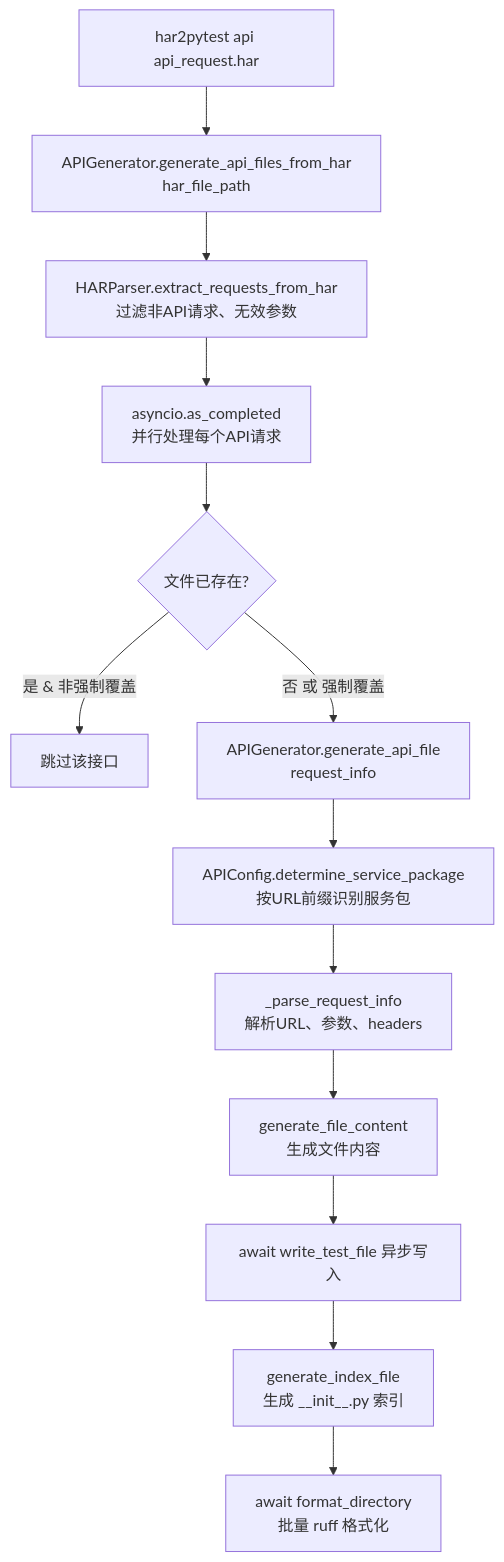
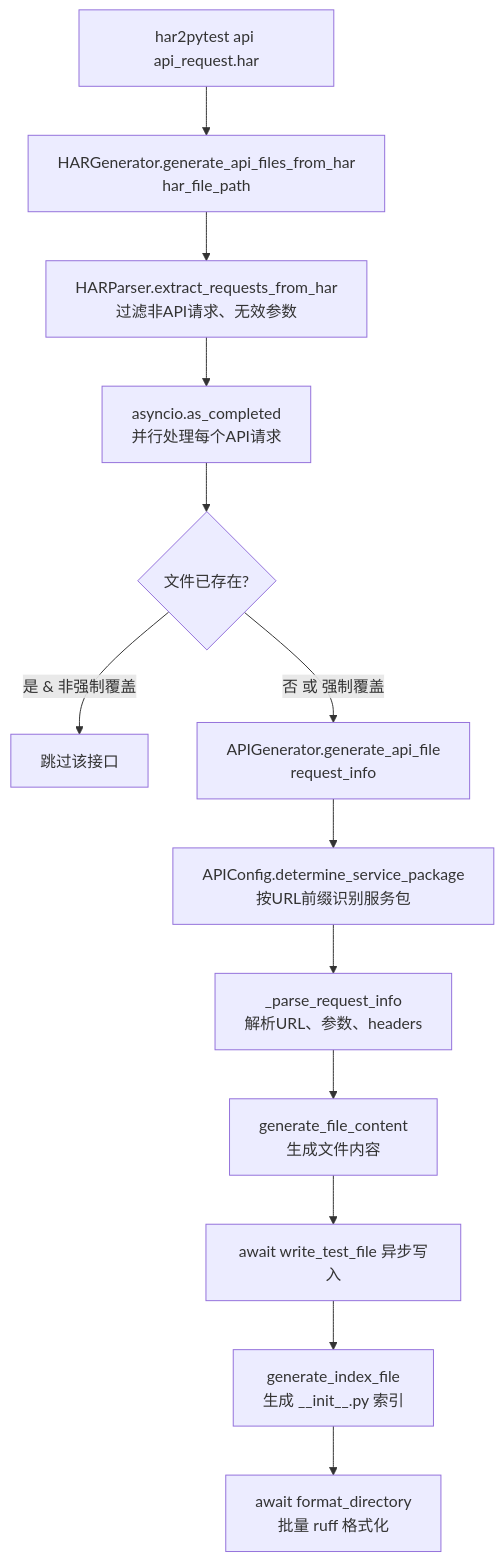
Before and after one commit to hewei198711/har2pytest: the first of 2 diagrams in docs/api_file_generation.md, drawn with Mermaid. The commit also changed other lines of this file and 11 other files, not shown here.

````diff
--- a/docs/api_file_generation.md
+++ b/docs/api_file_generation.md
@@ -22,15 +22,15 @@
 ```mermaid
 flowchart TD
-    A[har2pytest api api_request.har] --> B[APIGenerator.generate_api_files_from_har<br/>har_file_path]
+    A[har2pytest api api_request.har] --> B[HARGenerator.generate_api_files_from_har<br/>har_file_path]
     B --> C[HARParser.extract_requests_from_har<br/>过滤非API请求、无效参数]
     C --> D[asyncio.as_completed<br/>并行处理每个API请求]
     D --> E{文件已存在?}
     E -->|是 & 非强制覆盖| F[跳过该接口]
     E -->|否 或 强制覆盖| G[APIGenerator.generate_api_file<br/>request_info]
     G --> H[APIConfig.determine_service_package<br/>按URL前缀识别服务包]
     H --> I[_parse_request_info<br/>解析URL、参数、headers]
     I --> J[generate_file_content<br/>生成文件内容]
     J --> K[await write_test_file 异步写入]
     K --> L[generate_index_file<br/>生成 __init__.py 索引]
     L --> M[await format_directory<br/>批量 ruff 格式化]
 ```
````
